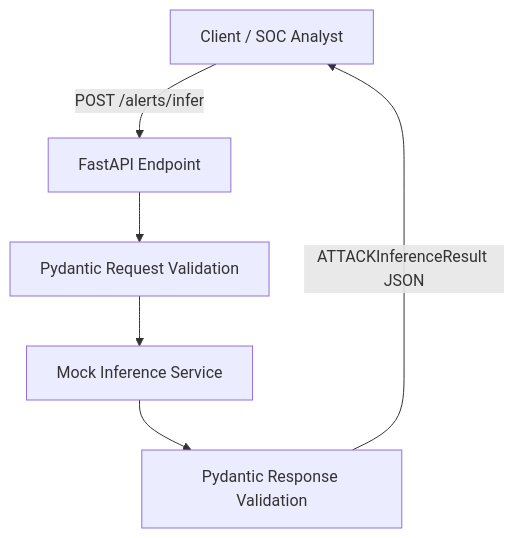
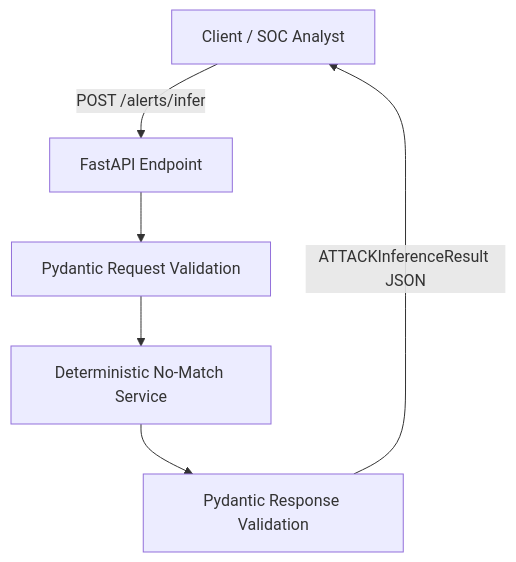
One commit to mai23133/Security-Alert changed the first of 3 diagrams in architecture.md. Above: the diagram before and after it, drawn with Mermaid. The commit also changed other lines of this file and 9 other files, not shown here.

````diff
--- a/architecture.md
+++ b/architecture.md
@@ -11,8 +11,8 @@
 ```mermaid
 flowchart TD
     A["Client / SOC Analyst"] -->|"POST /alerts/infer"| B["FastAPI Endpoint"]
     B --> C["Pydantic Request Validation"]
-    C --> D["Mock Inference Service"]
+    C --> D["Deterministic No-Match Service"]
     D --> E["Pydantic Response Validation"]
     E -->|"ATTACKInferenceResult JSON"| A
 ```
````
